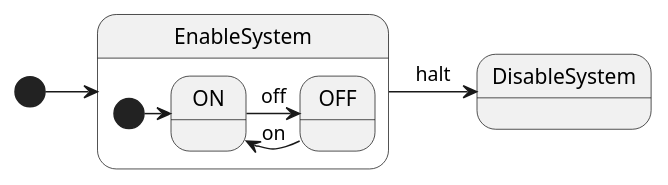
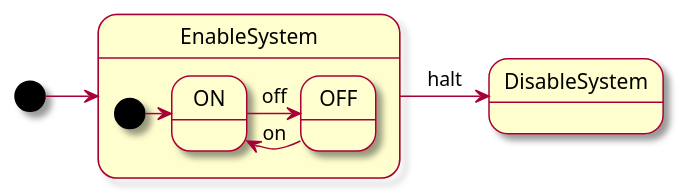
One commit to Lecrapouille/PlantUMLStatecharts changed the diagram in examples/SimpleComposite.plantuml. Above: the diagram before and after it, drawn with PlantUML. The commit also changed 10 other files, not shown here.

```diff
--- a/examples/SimpleComposite.plantuml
+++ b/examples/SimpleComposite.plantuml
@@ -1,13 +1,14 @@
 @startuml
+skin rose
 
 [*] -> EnableSystem
 
 state EnableSystem {
   [*] -> ON
   ON -> OFF : off
   OFF -> ON : on
 }
 
 EnableSystem -> DisableSystem : halt
 
 @enduml
```
